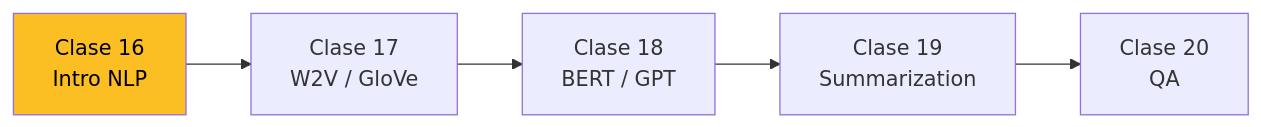
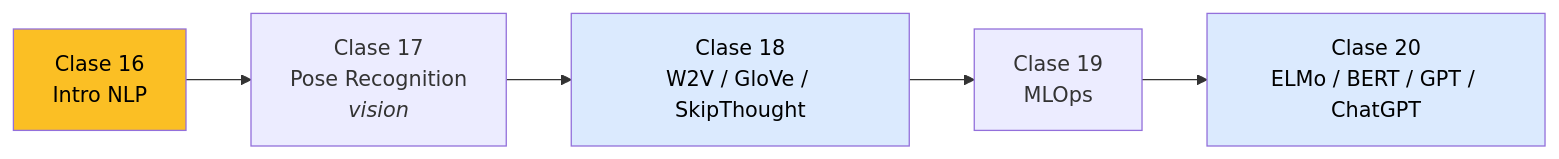
The first of 4 diagrams in site/content/clases/clase-16/teoria.md (gofhir/neural-network-knowledge), drawn with Mermaid before and after one commit. The commit also changed other lines of this file and 12 other files, not shown here.

````diff
--- a/site/content/clases/clase-16/teoria.md
+++ b/site/content/clases/clase-16/teoria.md
@@ -17,9 +22,11 @@
 ```mermaid
 graph LR
-    C16[Clase 16<br/>Intro NLP] --> C17[Clase 17<br/>W2V / GloVe]
-    C17 --> C18[Clase 18<br/>BERT / GPT]
-    C18 --> C19[Clase 19<br/>Summarization]
-    C19 --> C20[Clase 20<br/>QA]
+    C16[Clase 16<br/>Intro NLP] --> C17[Clase 17<br/>Pose Recognition<br/><i>vision</i>]
+    C17 --> C18[Clase 18<br/>W2V / GloVe / SkipThought]
+    C18 --> C19[Clase 19<br/>MLOps]
+    C19 --> C20[Clase 20<br/>ELMo / BERT / GPT / ChatGPT]
 
     style C16 fill:#fbbf24,color:#000
+    style C18 fill:#dbeafe,color:#000
+    style C20 fill:#dbeafe,color:#000
 ```
````
